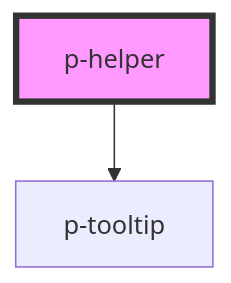
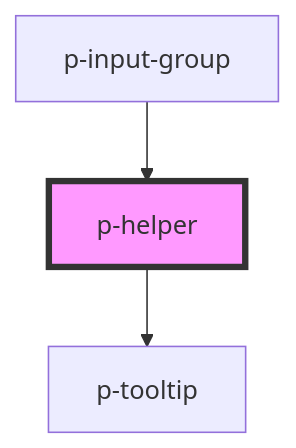
Before and after one commit to Employes/paperless: the diagram in packages/core/src/components/atoms/helper/readme.md, drawn with Mermaid. The commit also changed other lines of this file and 12 other files, not shown here.

Commit message:
feat(Molecules): Add input group component

````diff
--- a/packages/core/src/components/atoms/helper/readme.md
+++ b/packages/core/src/components/atoms/helper/readme.md
@@ -19,5 +23,6 @@
 ```mermaid
 graph TD;
   p-helper --> p-tooltip
+  p-input-group --> p-helper
   style p-helper fill:#f9f,stroke:#333,stroke-width:4px
 ```
````
